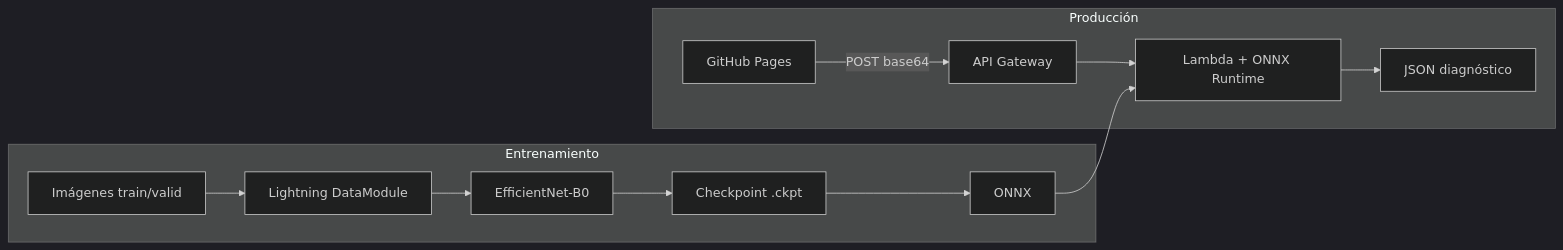
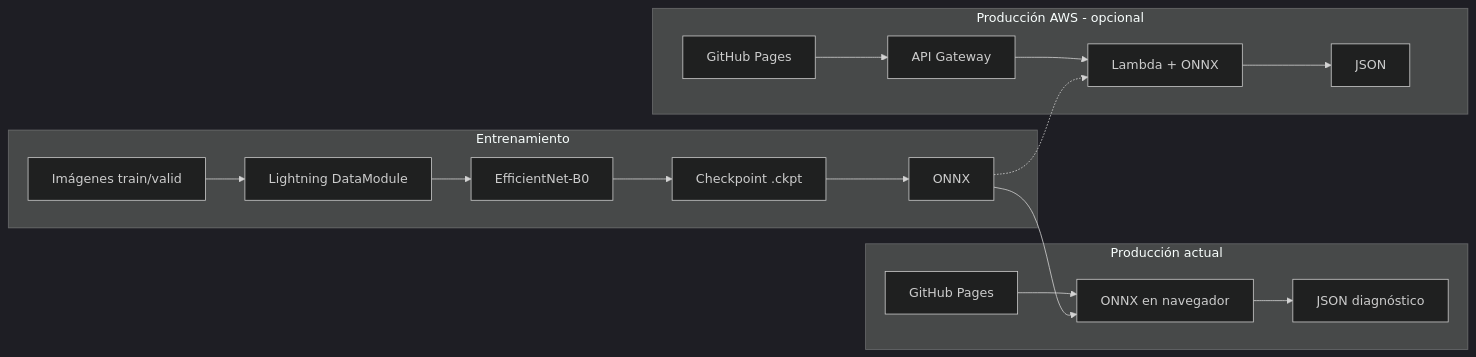
One commit to danielrpo1/plant-disease-detector changed the second of 2 diagrams in README.md. Above: the diagram before and after it, drawn with Mermaid (dark theme). The commit also changed other lines of this file, not shown here.

````diff
--- a/README.md
+++ b/README.md
@@ -49,15 +154,20 @@
 ```mermaid
 flowchart LR
   subgraph train [Entrenamiento]
     A[Imágenes train/valid] --> B[Lightning DataModule]
     B --> C[EfficientNet-B0]
     C --> D[Checkpoint .ckpt]
     D --> E[ONNX]
   end
-  subgraph serve [Producción]
-    F[GitHub Pages] -->|POST base64| G[API Gateway]
-    G --> H[Lambda + ONNX Runtime]
-    H --> I[JSON diagnóstico]
+  subgraph serve [Producción actual]
+    F[GitHub Pages] --> N[ONNX en navegador]
+    N --> I[JSON diagnóstico]
   end
-  E --> H
+  subgraph serve_aws [Producción AWS - opcional]
+    F2[GitHub Pages] --> G[API Gateway]
+    G --> H[Lambda + ONNX]
+    H --> I2[JSON]
+  end
+  E --> N
+  E -.-> H
 ```
````
